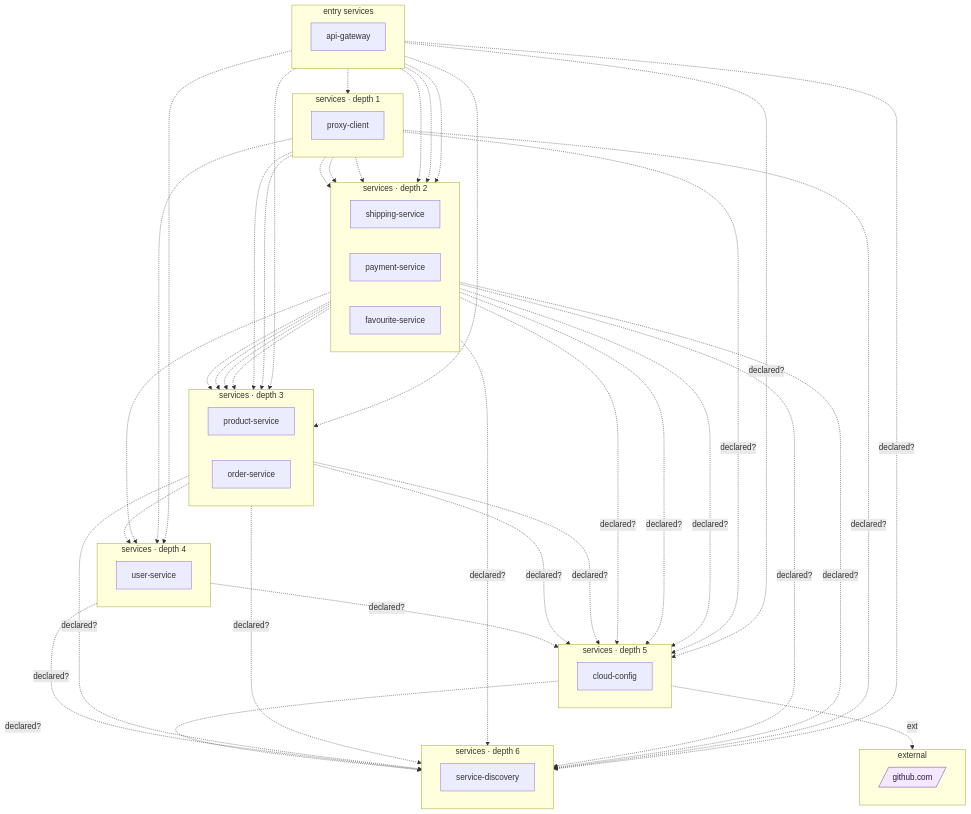
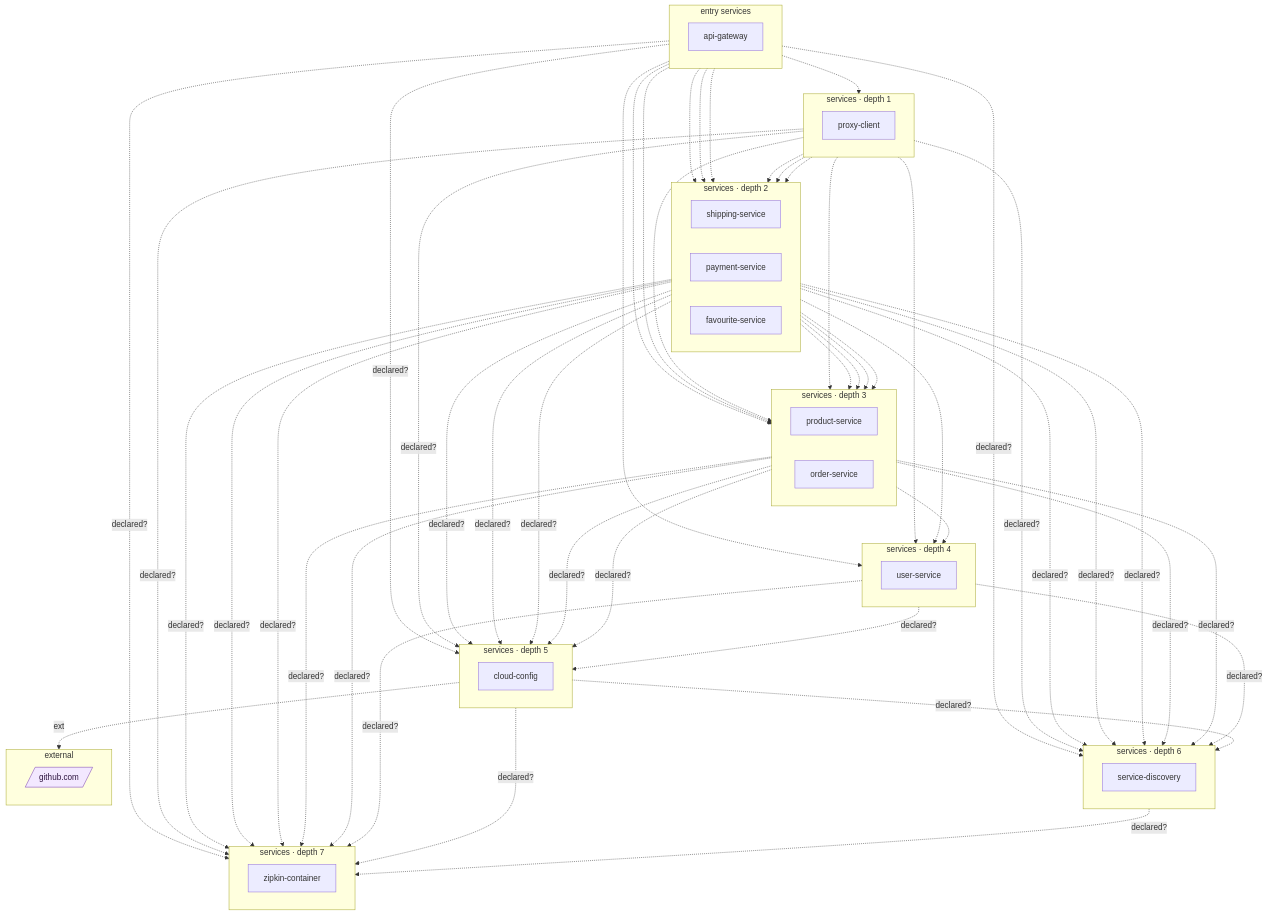
The diagram in docs/generalization/ecommerce.mmd (ANYuu531/ChatOps4Msa-Pipeline), drawn with Mermaid before and after one commit. The commit also changed 181 other files, not shown here.

```diff
--- a/docs/generalization/ecommerce.mmd
+++ b/docs/generalization/ecommerce.mmd
@@ -1,77 +1,91 @@
 flowchart TB
 %% DepWeaver — microservice dependency graph
 %% solid arrow = observed at runtime (Istio) · dashed = declared in code/doc only
 %% node shape: [service] ([gateway]) [(db)] {{queue}} [/external/]
   subgraph layer0 ["entry services"]
     direction LR
     api_gateway["api-gateway"]
   end
   subgraph layer1 ["services · depth 1"]
     direction LR
     proxy_client["proxy-client"]
   end
   subgraph layer2 ["services · depth 2"]
     direction LR
     shipping_service["shipping-service"]
     payment_service["payment-service"]
     favourite_service["favourite-service"]
   end
   subgraph layer3 ["services · depth 3"]
     direction LR
     product_service["product-service"]
     order_service["order-service"]
   end
   subgraph layer4 ["services · depth 4"]
     direction LR
     user_service["user-service"]
   end
   subgraph layer5 ["services · depth 5"]
     direction LR
     cloud_config["cloud-config"]
   end
   subgraph layer6 ["services · depth 6"]
     direction LR
     service_discovery["service-discovery"]
   end
-  subgraph layer7 ["external"]
+  subgraph layer7 ["services · depth 7"]
+    direction LR
+    zipkin_container["zipkin-container"]
+  end
+  subgraph layer8 ["external"]
     direction LR
     github_com[/"github.com"/]:::external
   end
   shipping_service -.-> product_service
   shipping_service -.-> order_service
   payment_service -.-> order_service
   favourite_service -.-> user_service
   favourite_service -.-> product_service
   order_service -.-> user_service
   proxy_client -.-> order_service
   proxy_client -.-> payment_service
   proxy_client -.-> user_service
   proxy_client -.-> product_service
   proxy_client -.-> favourite_service
   proxy_client -.-> shipping_service
+  product_service -. declared? .-> zipkin_container
   product_service -. declared? .-> cloud_config
+  cloud_config -. declared? .-> zipkin_container
   cloud_config -. ext .-> github_com
+  api_gateway -. declared? .-> zipkin_container
   api_gateway -. declared? .-> cloud_config
   api_gateway -.-> order_service
   api_gateway -.-> payment_service
   api_gateway -.-> product_service
   api_gateway -.-> shipping_service
   api_gateway -.-> user_service
   api_gateway -.-> favourite_service
   api_gateway -.-> proxy_client
+  shipping_service -. declared? .-> zipkin_container
   shipping_service -. declared? .-> cloud_config
+  payment_service -. declared? .-> zipkin_container
   payment_service -. declared? .-> cloud_config
+  favourite_service -. declared? .-> zipkin_container
   favourite_service -. declared? .-> cloud_config
+  order_service -. declared? .-> zipkin_container
   order_service -. declared? .-> cloud_config
+  service_discovery -. declared? .-> zipkin_container
+  user_service -. declared? .-> zipkin_container
   user_service -. declared? .-> cloud_config
+  proxy_client -. declared? .-> zipkin_container
   proxy_client -. declared? .-> cloud_config
   product_service -. declared? .-> service_discovery
   cloud_config -. declared? .-> service_discovery
   api_gateway -. declared? .-> service_discovery
   shipping_service -. declared? .-> service_discovery
   payment_service -. declared? .-> service_discovery
   favourite_service -. declared? .-> service_discovery
   order_service -. declared? .-> service_discovery
   user_service -. declared? .-> service_discovery
   proxy_client -. declared? .-> service_discovery
 classDef external fill:#f3e8ff,stroke:#7a3fb0,color:#2e1440;
```
